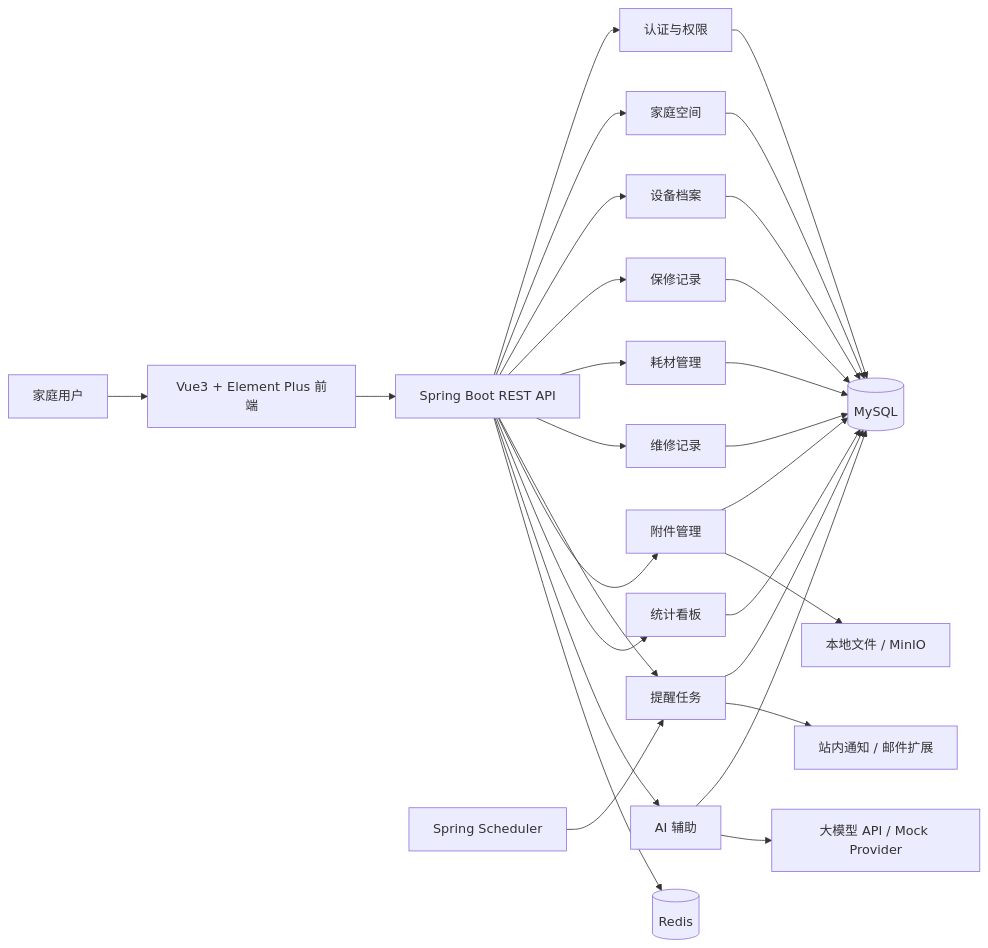
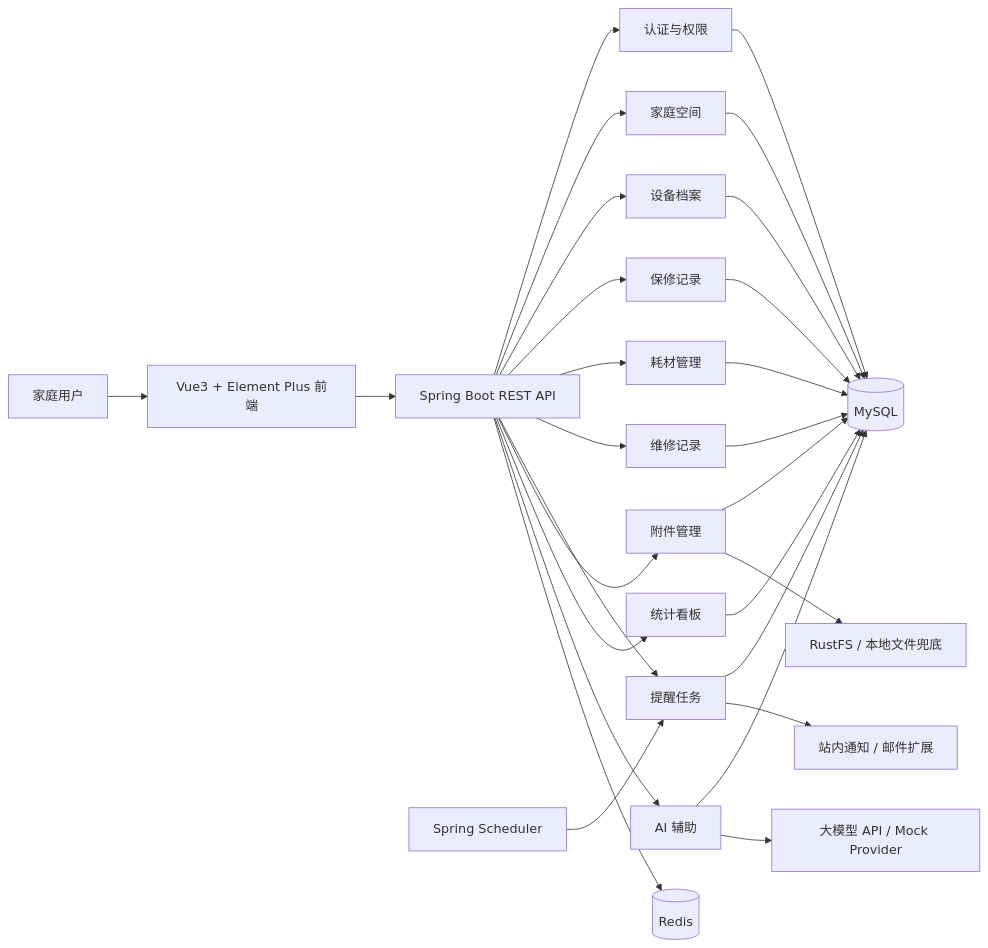
The first of 4 diagrams in docs/architecture.md (BQHM/fixledger), drawn with Mermaid before and after one commit. The commit also changed other lines of this file and 12 other files, not shown here.

````diff
--- a/docs/architecture.md
+++ b/docs/architecture.md
@@ -17,33 +30,33 @@
 ```mermaid
 flowchart LR
     User["家庭用户"] --> Frontend["Vue3 + Element Plus 前端"]
     Frontend --> Gateway["Spring Boot REST API"]
 
     Gateway --> Auth["认证与权限"]
     Gateway --> Family["家庭空间"]
     Gateway --> Asset["设备档案"]
     Gateway --> Warranty["保修记录"]
     Gateway --> Consumable["耗材管理"]
     Gateway --> Maintenance["维修记录"]
     Gateway --> Reminder["提醒任务"]
     Gateway --> File["附件管理"]
     Gateway --> Dashboard["统计看板"]
     Gateway --> AiModule["AI 辅助"]
 
     Auth --> MySQL[("MySQL")]
     Family --> MySQL
     Asset --> MySQL
     Warranty --> MySQL
     Consumable --> MySQL
     Maintenance --> MySQL
     Reminder --> MySQL
     File --> MySQL
     Dashboard --> MySQL
     AiModule --> MySQL
 
     Gateway --> Redis[("Redis")]
-    File --> Storage["本地文件 / MinIO"]
+    File --> Storage["RustFS / 本地文件兜底"]
     AiModule --> LLM["大模型 API / Mock Provider"]
     Scheduler["Spring Scheduler"] --> Reminder
     Reminder --> Notify["站内通知 / 邮件扩展"]
 ```
````
